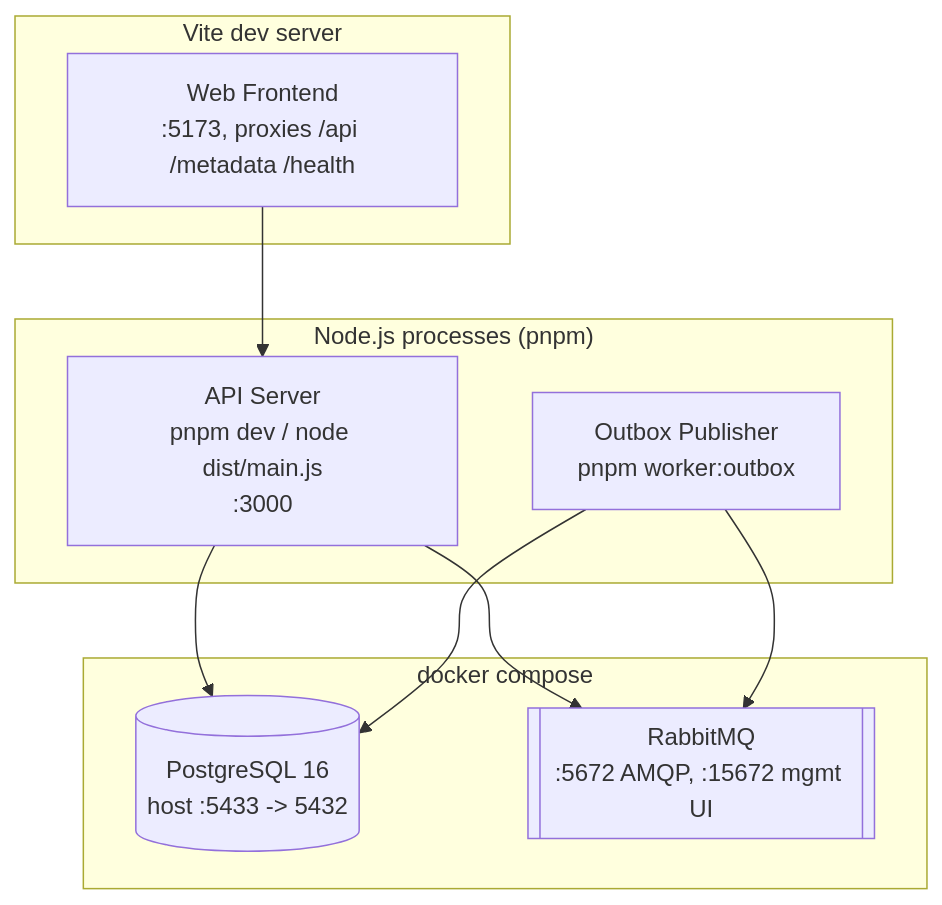
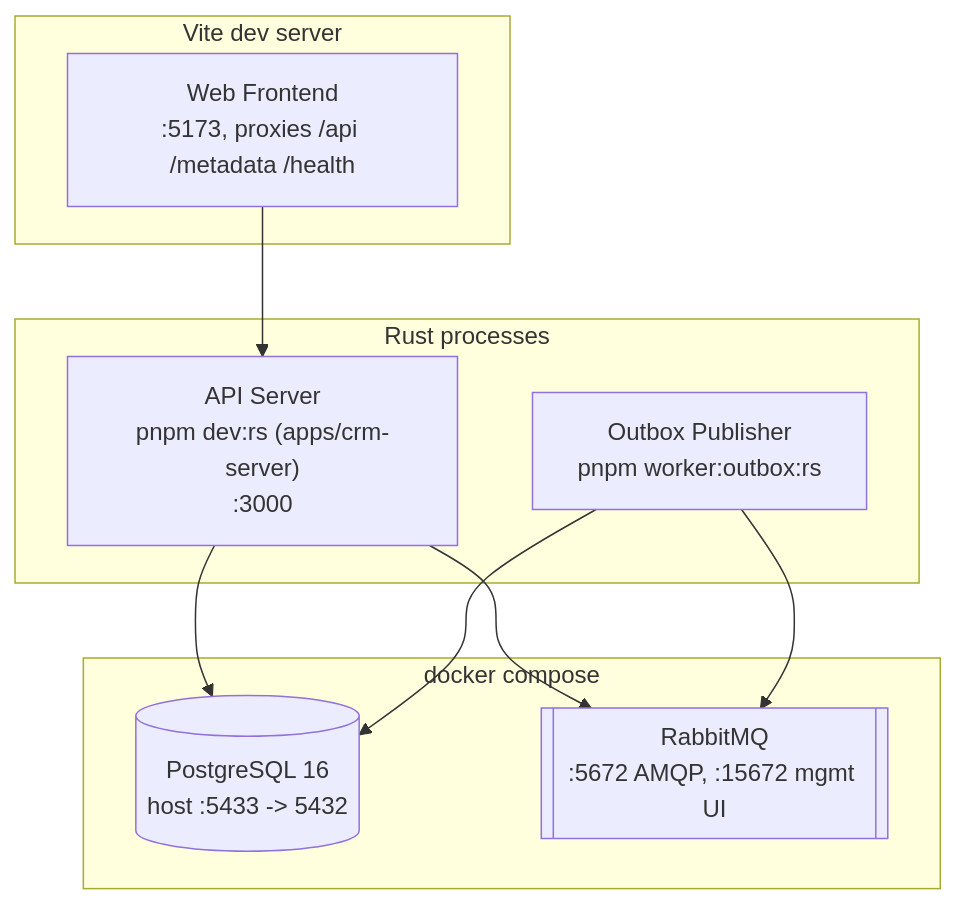
Before and after one commit to metap-org/metap: the diagram in docs/architectures/07-deployment.md, drawn with Mermaid. The commit also changed other lines of this file and 12 other files, not shown here.

First line of the commit message:
Sync architecture docs to the Rust stack (axum/sqlx) terminology

````diff
--- a/docs/architectures/07-deployment.md
+++ b/docs/architectures/07-deployment.md
@@ -5,22 +5,22 @@
 ```mermaid
 graph TB
   subgraph compose["docker compose"]
     PG[("PostgreSQL 16<br/>host :5433 -> 5432")]
     MQ[["RabbitMQ<br/>:5672 AMQP, :15672 mgmt UI"]]
   end
 
-  subgraph node["Node.js processes (pnpm)"]
-    API["API Server<br/>pnpm dev / node dist/main.js<br/>:3000"]
-    Worker["Outbox Publisher<br/>pnpm worker:outbox"]
+  subgraph procs["Rust processes"]
+    API["API Server<br/>pnpm dev:rs (apps/crm-server)<br/>:3000"]
+    Worker["Outbox Publisher<br/>pnpm worker:outbox:rs"]
   end
 
   subgraph vite["Vite dev server"]
     Web["Web Frontend<br/>:5173, proxies /api /metadata /health"]
   end
 
   Web --> API
   API --> PG
   API --> MQ
   Worker --> PG
   Worker --> MQ
 ```
````
